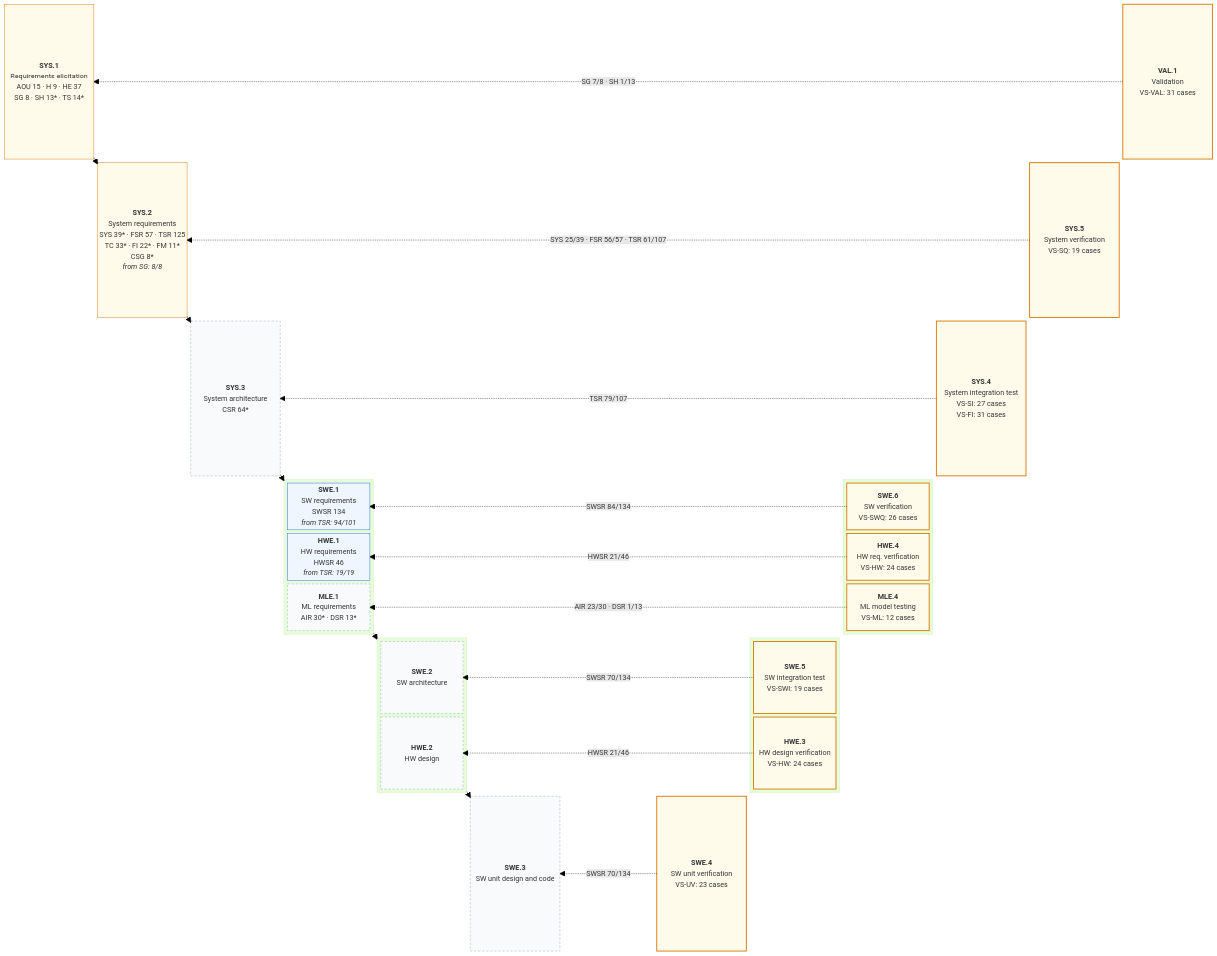
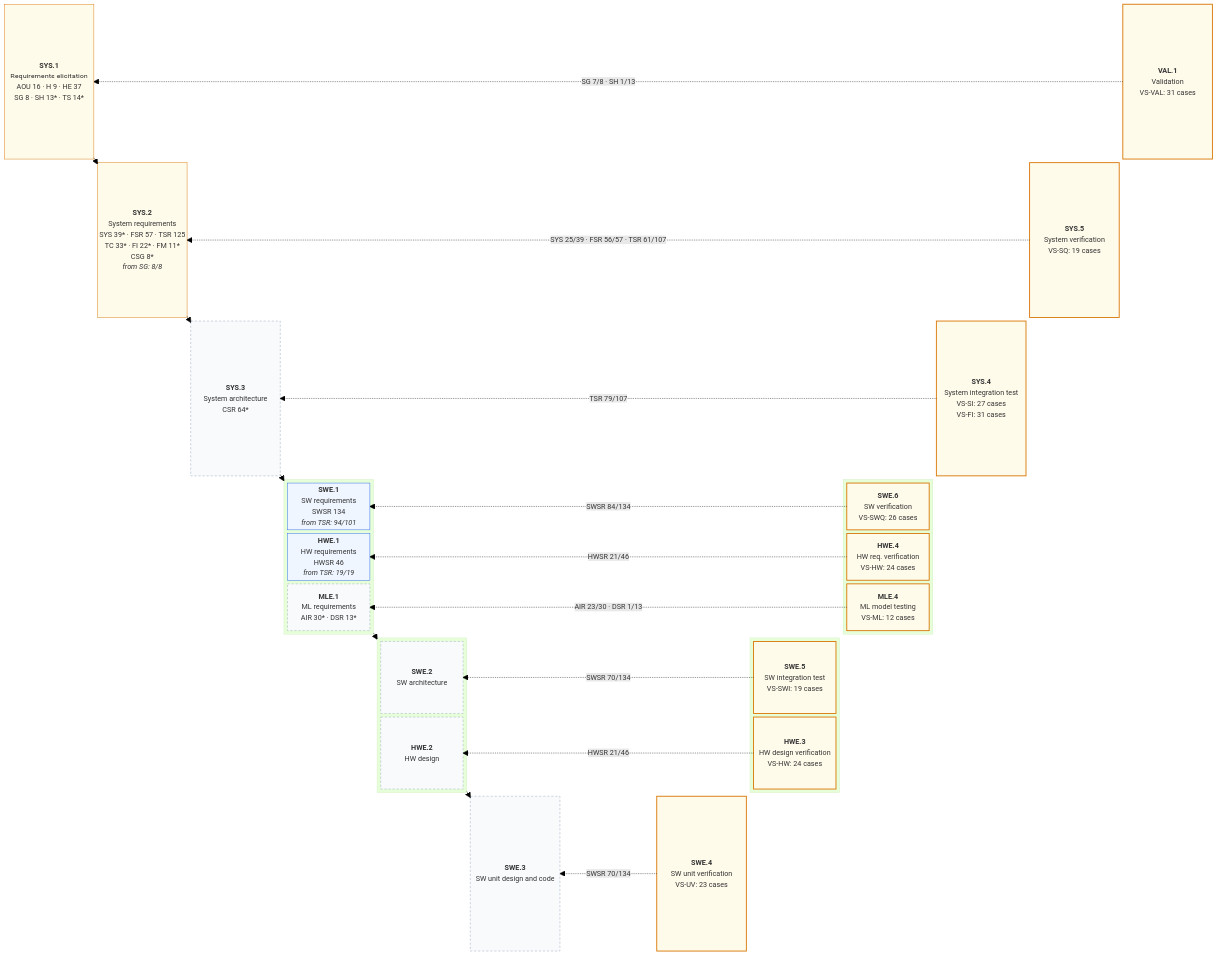
The first of 2 diagrams in assurance/trace/maps/aspice-trace-map.md (jherrodthomas/LionDriver), drawn with Mermaid (forest theme) before and after one commit. The commit also changed other lines of this file and 23 other files, not shown here.

````diff
--- a/assurance/trace/maps/aspice-trace-map.md
+++ b/assurance/trace/maps/aspice-trace-map.md
@@ -22,7 +22,7 @@
 ```mermaid
 block-beta
   columns 13
-  SYS1["<b>SYS.1</b><br/>Requirements elicitation<br/>AOU 15 · H 9 · HE 37<br/>SG 8 · SH 13* · TS 14*"]
+  SYS1["<b>SYS.1</b><br/>Requirements elicitation<br/>AOU 16 · H 9 · HE 37<br/>SG 8 · SH 13* · TS 14*"]
   space
   space
   space
````
